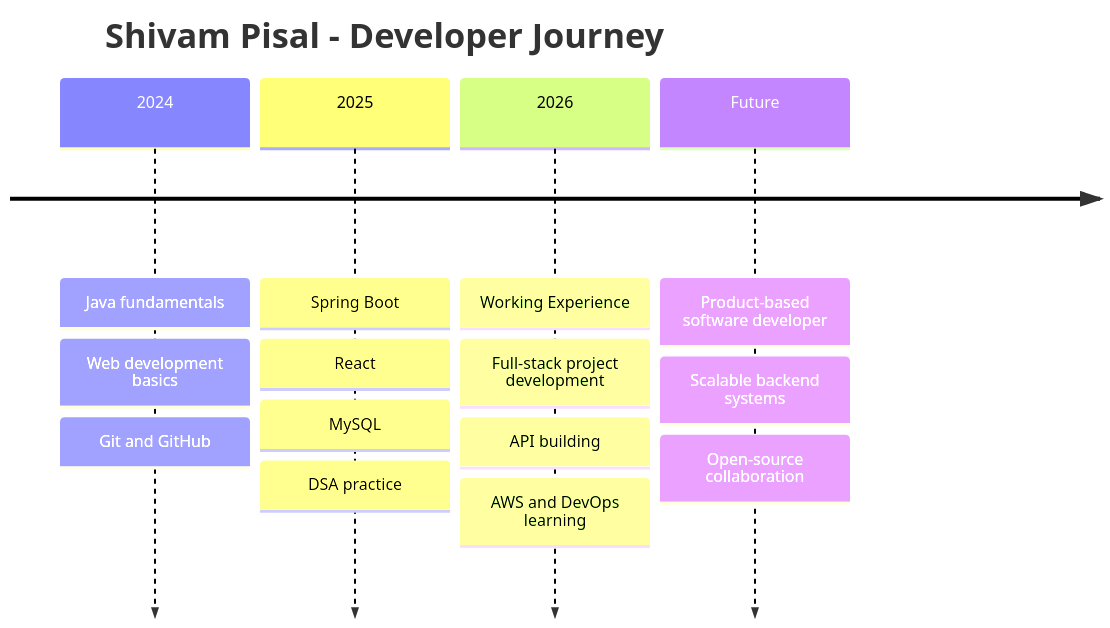
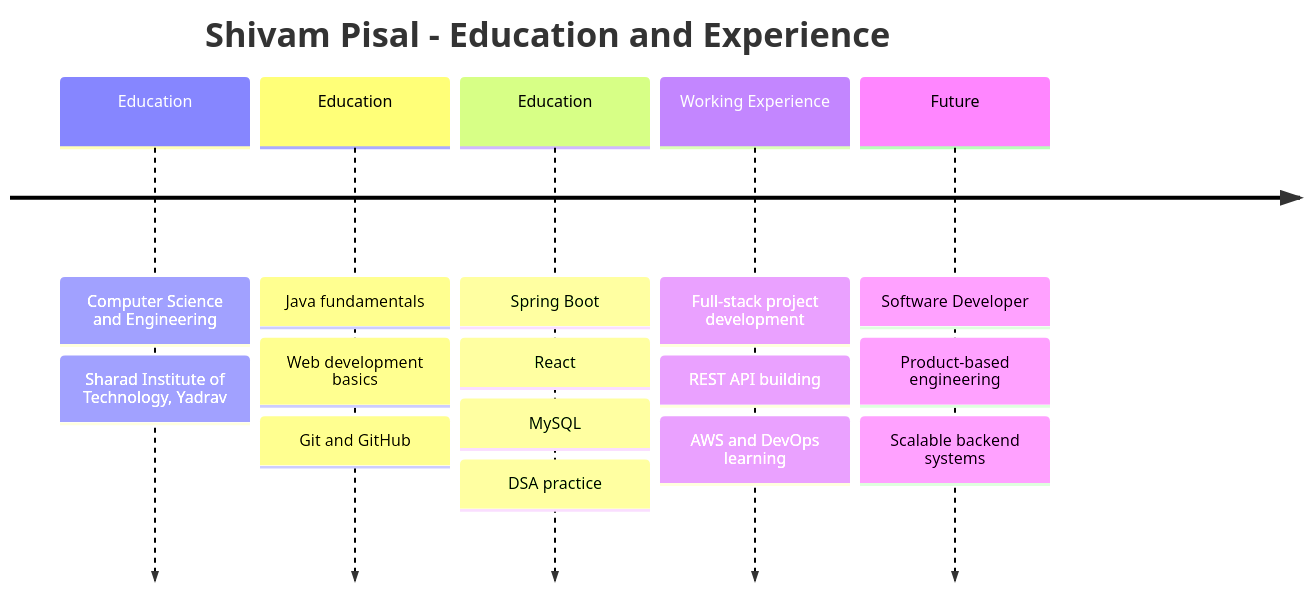
One commit to ShivamPisal/ShivamPisal changed the diagram in README.md. Above: the diagram before and after it, drawn with Mermaid. The commit also changed other lines of this file, not shown here.

Commit message:
Update career timeline

````diff
--- a/README.md
+++ b/README.md
@@ -159,8 +156,9 @@
 ```mermaid
 timeline
-  title Shivam Pisal - Developer Journey
-  2024 : Java fundamentals : Web development basics : Git and GitHub
-  2025 : Spring Boot : React : MySQL : DSA practice
-  2026 : Working Experience : Full-stack project development : API building : AWS and DevOps learning
-  Future : Product-based software developer : Scalable backend systems : Open-source collaboration
+  title Shivam Pisal - Education and Experience
+  Education : Computer Science and Engineering : Sharad Institute of Technology, Yadrav
+  Education : Java fundamentals : Web development basics : Git and GitHub
+  Education : Spring Boot : React : MySQL : DSA practice
+  Working Experience : Full-stack project development : REST API building : AWS and DevOps learning
+  Future : Software Developer : Product-based engineering : Scalable backend systems
 ```
````
